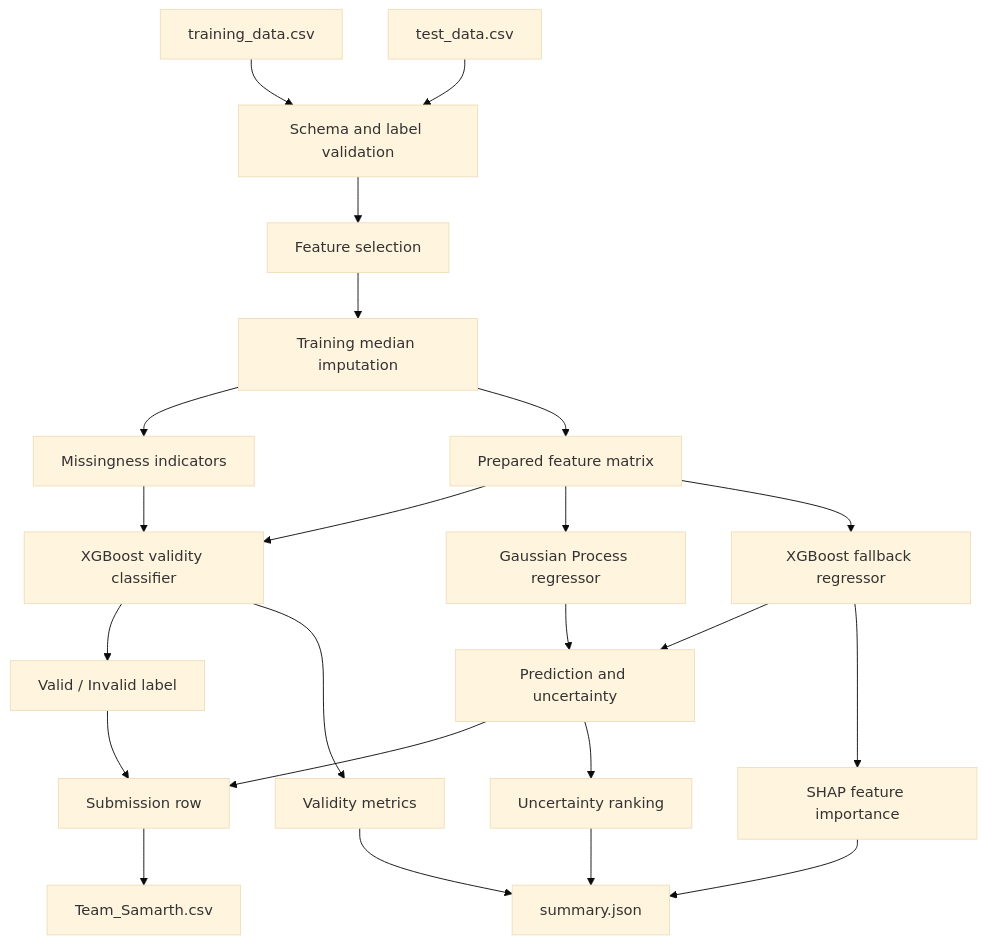
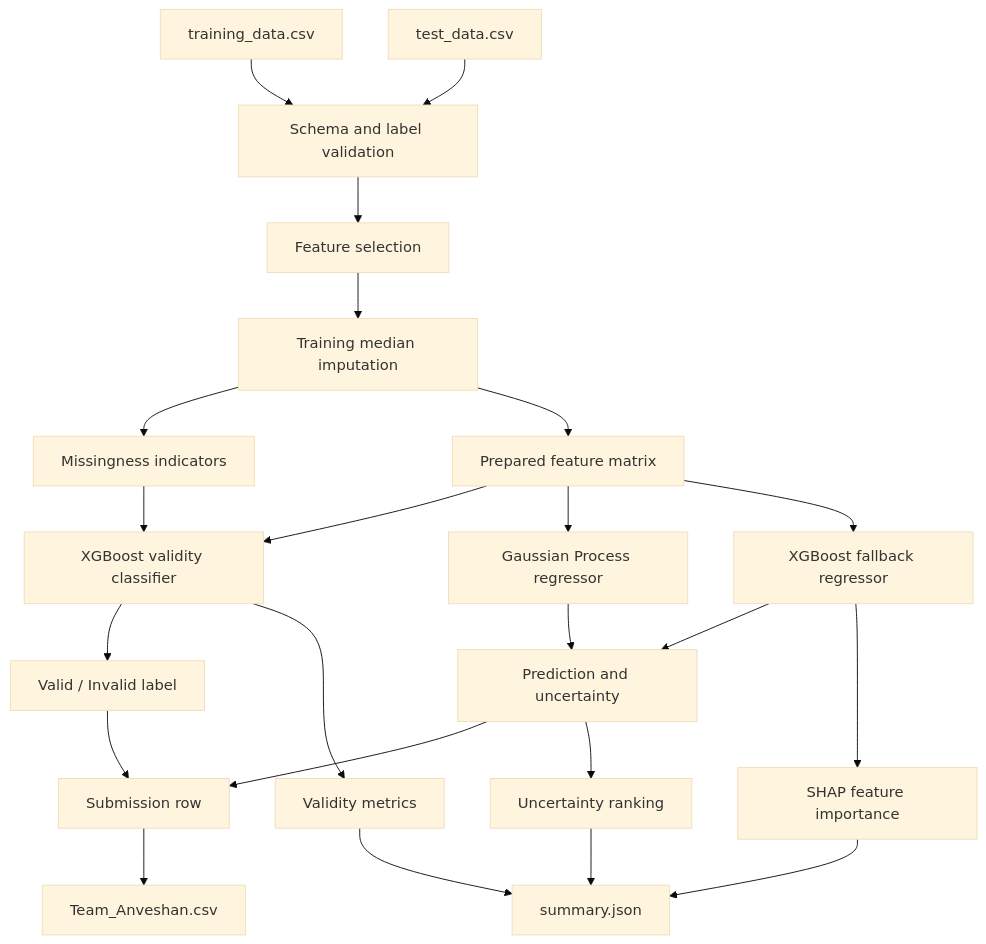
Before and after one commit to sharathprime10-coder/mit_hack: the first of 2 diagrams in ARCHITECTURE.md, drawn with Mermaid (base theme). The commit also changed other lines of this file and 6 other files, not shown here.

Commit message:
Rename submission team to Anveshan

````diff
--- a/ARCHITECTURE.md
+++ b/ARCHITECTURE.md
@@ -17,25 +17,25 @@
 ```mermaid
 flowchart TD
     A[training_data.csv] --> B[Schema and label validation]
     C[test_data.csv] --> B
     B --> D[Feature selection]
     D --> E[Training median imputation]
     E --> F[Missingness indicators]
     E --> G[Prepared feature matrix]
     F --> H[XGBoost validity classifier]
     G --> H
     H --> I[Valid / Invalid label]
     G --> J[Gaussian Process regressor]
     G --> K[XGBoost fallback regressor]
     J --> L[Prediction and uncertainty]
     K --> L
     I --> M[Submission row]
     L --> M
-    M --> N[Team_Samarth.csv]
+    M --> N[Team_Anveshan.csv]
     L --> O[Uncertainty ranking]
     H --> P[Validity metrics]
     K --> Q[SHAP feature importance]
     O --> R[summary.json]
     P --> R
     Q --> R
 ```
````
